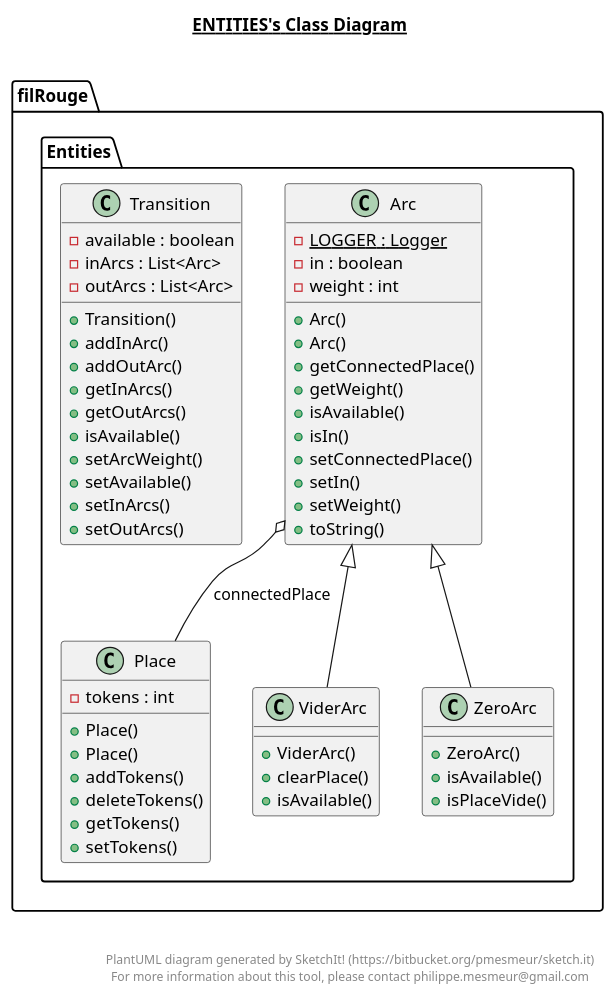
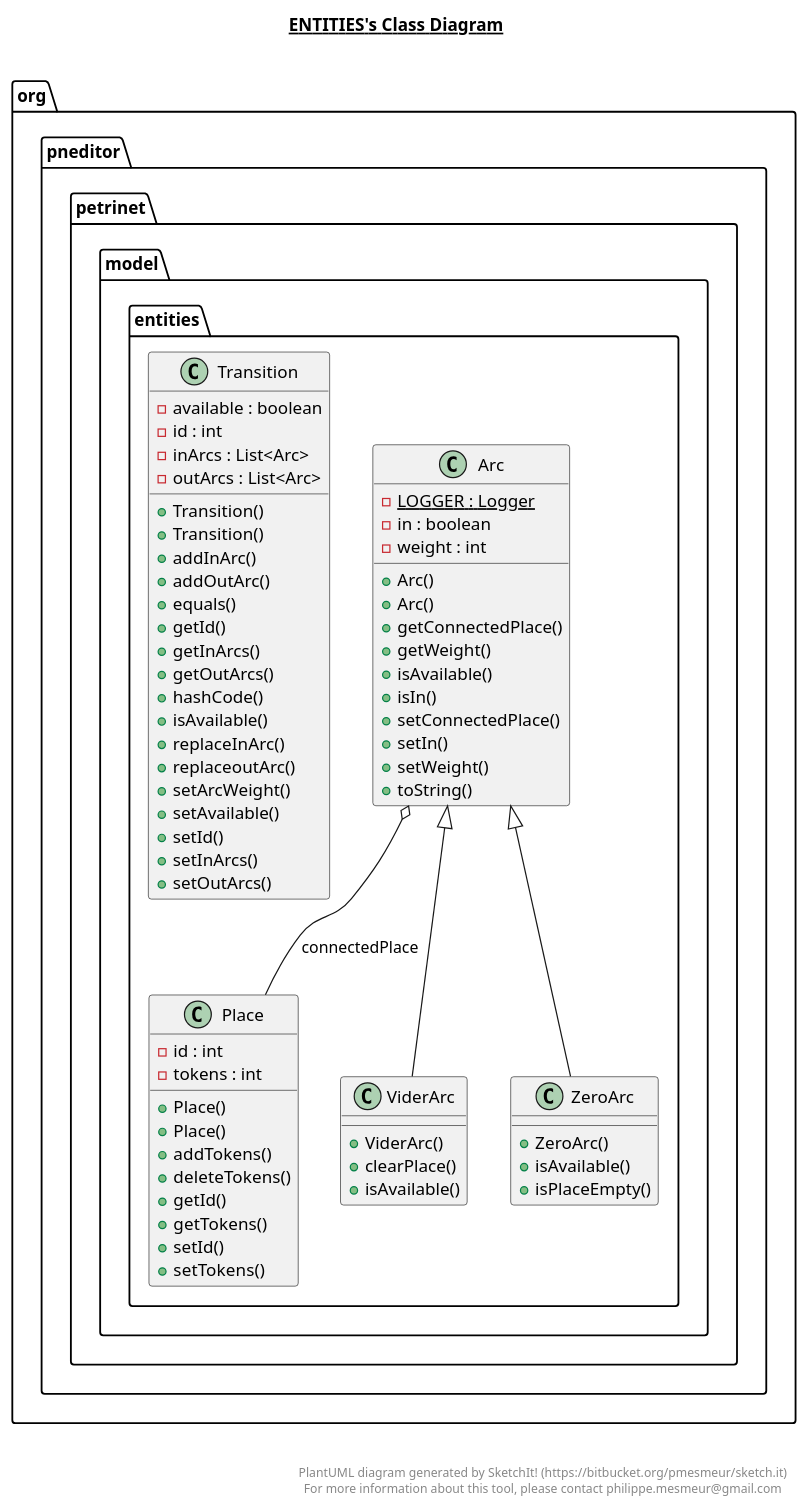
The diagram in src/org/pneditor/petrinet/model/entities/Entities.plantuml (SunYe1234/MAPD), drawn with PlantUML before and after one commit. The commit also changed 20 other files, not shown here.

Commit message:
* Adding the deleted logic of comparing net elements * Adding the plantUML files for diagrammes * Modified README * Images for README were added

```diff
--- a/src/org/pneditor/petrinet/model/entities/Entities.plantuml
+++ b/src/org/pneditor/petrinet/model/entities/Entities.plantuml
@@ -1,86 +1,107 @@
 @startuml
 
 title __ENTITIES's Class Diagram__\n
 
-  namespace filRouge.Entities {
-    class filRouge.Entities.Arc {
-        {static} - LOGGER : Logger
-        - in : boolean
-        - weight : int
-        + Arc()
-        + Arc()
-        + getConnectedPlace()
-        + getWeight()
-        + isAvailable()
-        + isIn()
-        + setConnectedPlace()
-        + setIn()
-        + setWeight()
-        + toString()
+  namespace org.pneditor.petrinet {
+    namespace model.entities {
+      class org.pneditor.petrinet.model.entities.Arc {
+          {static} - LOGGER : Logger
+          - in : boolean
+          - weight : int
+          + Arc()
+          + Arc()
+          + getConnectedPlace()
+          + getWeight()
+          + isAvailable()
+          + isIn()
+          + setConnectedPlace()
+          + setIn()
+          + setWeight()
+          + toString()
+      }
     }
   }
   
 
-  namespace filRouge.Entities {
-    class filRouge.Entities.Place {
-        - tokens : int
-        + Place()
-        + Place()
-        + addTokens()
-        + deleteTokens()
-        + getTokens()
-        + setTokens()
+  namespace org.pneditor.petrinet {
+    namespace model.entities {
+      class org.pneditor.petrinet.model.entities.Place {
+          - id : int
+          - tokens : int
+          + Place()
+          + Place()
+          + addTokens()
+          + deleteTokens()
+          + getId()
+          + getTokens()
+          + setId()
+          + setTokens()
+      }
     }
   }
   
 
-  namespace filRouge.Entities {
-    class filRouge.Entities.Transition {
-        - available : boolean
-        - inArcs : List<Arc>
-        - outArcs : List<Arc>
-        + Transition()
-        + addInArc()
-        + addOutArc()
-        + getInArcs()
-        + getOutArcs()
-        + isAvailable()
-        + setArcWeight()
-        + setAvailable()
-        + setInArcs()
-        + setOutArcs()
+  namespace org.pneditor.petrinet {
+    namespace model.entities {
+      class org.pneditor.petrinet.model.entities.Transition {
+          - available : boolean
+          - id : int
+          - inArcs : List<Arc>
+          - outArcs : List<Arc>
+          + Transition()
+          + Transition()
+          + addInArc()
+          + addOutArc()
+          + equals()
+          + getId()
+          + getInArcs()
+          + getOutArcs()
+          + hashCode()
+          + isAvailable()
+          + replaceInArc()
+          + replaceoutArc()
+          + setArcWeight()
+          + setAvailable()
+          + setId()
+          + setInArcs()
+          + setOutArcs()
+      }
     }
   }
   
 
-  namespace filRouge.Entities {
-    class filRouge.Entities.ViderArc {
-        + ViderArc()
-        + clearPlace()
-        + isAvailable()
+  namespace org.pneditor.petrinet {
+    namespace model.entities {
+      class org.pneditor.petrinet.model.entities.ViderArc {
+          + ViderArc()
+          + clearPlace()
+          + isAvailable()
+      }
     }
   }
   
 
-  namespace filRouge.Entities {
-    class filRouge.Entities.ZeroArc {
-        + ZeroArc()
-        + isAvailable()
-        + isPlaceVide()
+  namespace org.pneditor.petrinet {
+    namespace model.entities {
+      class org.pneditor.petrinet.model.entities.ZeroArc {
+          + ZeroArc()
+          + isAvailable()
+          + isPlaceEmpty()
+      }
     }
   }
   
 
-  filRouge.Entities.Arc o-- filRouge.Entities.Place : connectedPlace
-  filRouge.Entities.ViderArc -up-|> filRouge.Entities.Arc
-  filRouge.Entities.ZeroArc -up-|> filRouge.Entities.Arc
+  org.pneditor.petrinet.model.entities.Arc o-- org.pneditor.petrinet.model.entities.Place : connectedPlace
+  org.pneditor.petrinet.model.entities.ViderArc -up-|> org.pneditor.petrinet.model.entities.Arc
+  org.pneditor.petrinet.model.entities.ZeroArc -up-|> org.pneditor.petrinet.model.entities.Arc
 
 
 right footer
 
 
 PlantUML diagram generated by SketchIt! (https://bitbucket.org/pmesmeur/sketch.it)
 For more information about this tool, please contact philippe.mesmeur@gmail.com
 endfooter
 
 @enduml
```
